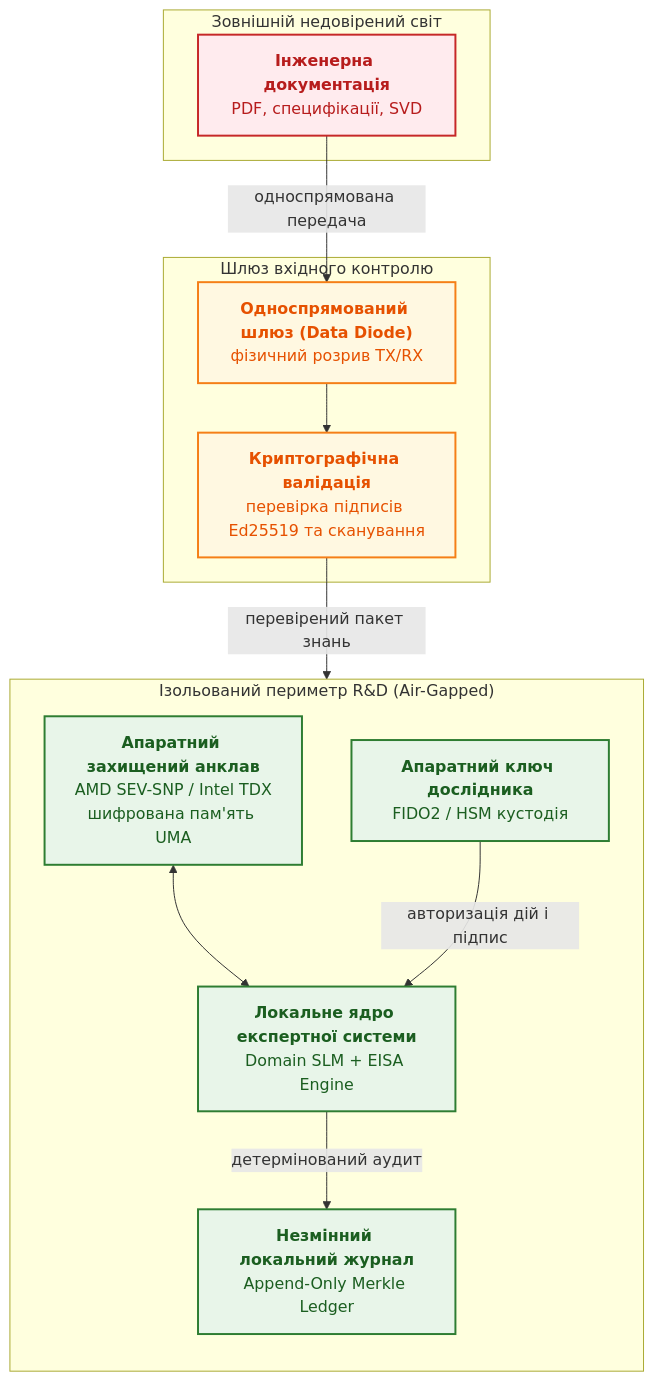
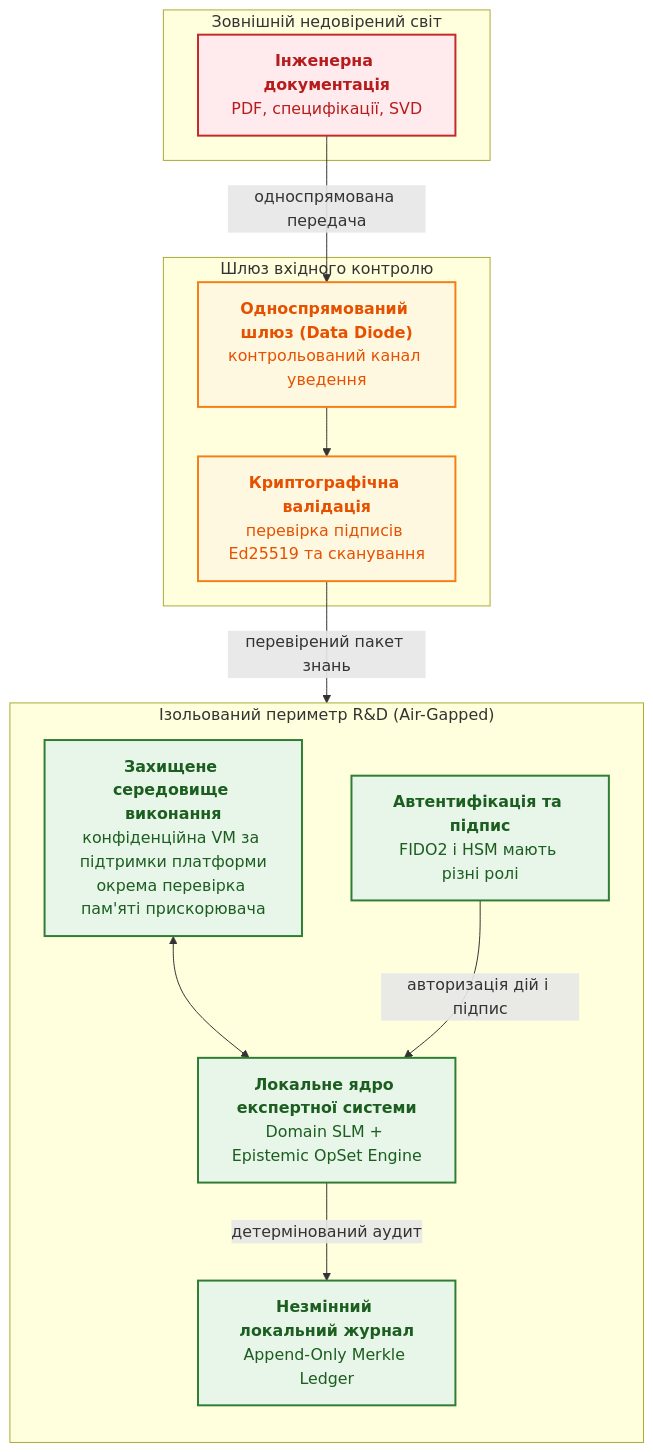
The fifth of 14 diagrams in ExpertSystem/ch18-execution-infrastructure.md (nick-fedchik/articles), drawn with Mermaid before and after one commit. The commit also changed other lines of this file and 7 other files, not shown here.

````diff
--- a/ExpertSystem/ch18-execution-infrastructure.md
+++ b/ExpertSystem/ch18-execution-infrastructure.md
@@ -364,37 +465,37 @@
 ```mermaid
 flowchart TD
     accTitle: Архітектура ізольованого дослідницького периметра Air-Gapped R&D
-    accDescr: Зовнішні артефакти проходять через односпрямований шлюз даних і антивірусну перевірку до захищеного анклава пам'яті, де дослідник із апаратним ключем виконує локальне виведення.
+    accDescr: Приклад контрольованого односпрямованого ввезення даних до локального середовища; це окремий профіль від повного фізичного від'єднання мережі.
 
     subgraph External["Зовнішній недовірений світ"]
         EXT_DOC["<b>Інженерна документація</b><br/>PDF, специфікації, SVD"]
     end
 
     subgraph IngressGateway["Шлюз вхідного контролю"]
-        DATA_DIODE["<b>Односпрямований шлюз (Data Diode)</b><br/>фізичний розрив TX/RX"]
+        DATA_DIODE["<b>Односпрямований шлюз (Data Diode)</b><br/>контрольований канал уведення"]
         AV_SCAN["<b>Криптографічна валідація</b><br/>перевірка підписів Ed25519 та сканування"]
     end
 
     subgraph SecurePerimeter["Ізольований периметр R&D (Air-Gapped)"]
         direction TB
-        SEC_MEM["<b>Апаратний захищений анклав</b><br/>AMD SEV-SNP / Intel TDX<br/>шифрована пам'ять UMA"]
-        LOCAL_ENG["<b>Локальне ядро експертної системи</b><br/>Domain SLM + EISA Engine"]
+        SEC_MEM["<b>Захищене середовище виконання</b><br/>конфіденційна VM за підтримки платформи<br/>окрема перевірка пам'яті прискорювача"]
+        LOCAL_ENG["<b>Локальне ядро експертної системи</b><br/>Domain SLM + Epistemic OpSet Engine"]
         SEC_REG["<b>Незмінний локальний журнал</b><br/>Append-Only Merkle Ledger"]
-        HSM["<b>Апаратний ключ дослідника</b><br/>FIDO2 / HSM кустодія"]
+        HSM["<b>Автентифікація та підпис</b><br/>FIDO2 і HSM мають різні ролі"]
     end
 
     EXT_DOC -->|"односпрямована передача"| DATA_DIODE
     DATA_DIODE --> AV_SCAN
     AV_SCAN -->|"перевірений пакет знань"| SEC_MEM
     SEC_MEM <--> LOCAL_ENG
     HSM -->|"авторизація дій і підпис"| LOCAL_ENG
     LOCAL_ENG -->|"детермінований аудит"| SEC_REG
 
     classDef ext fill:#ffebee,stroke:#c62828,stroke-width:2px,color:#b71c1c;
     classDef gate fill:#fff8e1,stroke:#f57f17,stroke-width:2px,color:#e65100;
     classDef sec fill:#e8f5e9,stroke:#2e7d32,stroke-width:2px,color:#1b5e20;
 
     class EXT_DOC ext;
     class DATA_DIODE,AV_SCAN gate;
     class SEC_MEM,LOCAL_ENG,SEC_REG,HSM sec;
 ```
````
